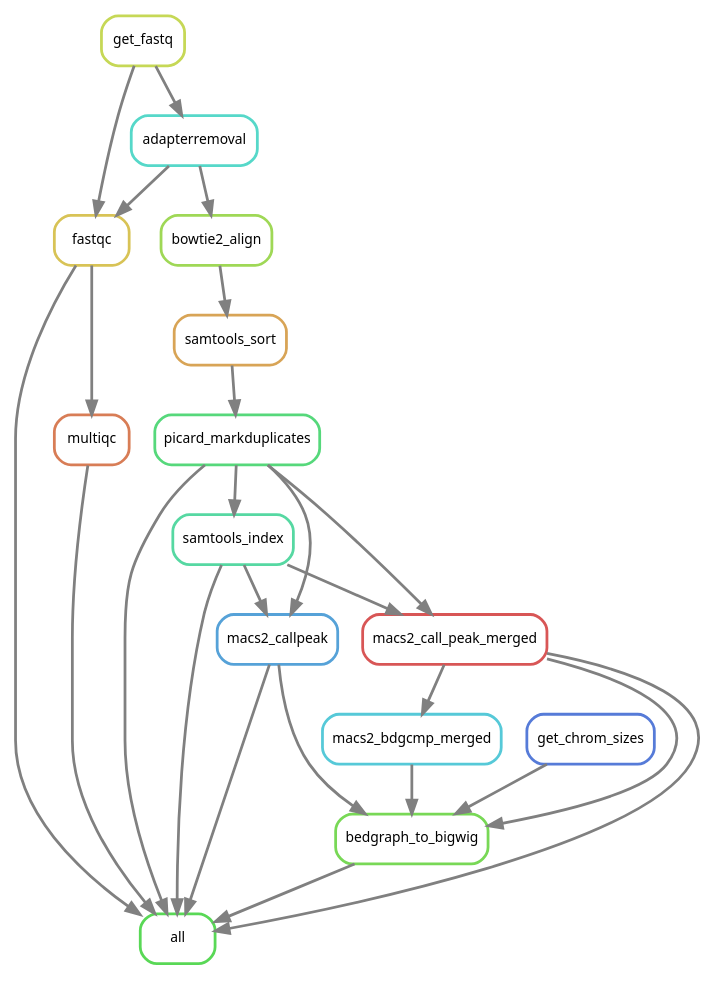
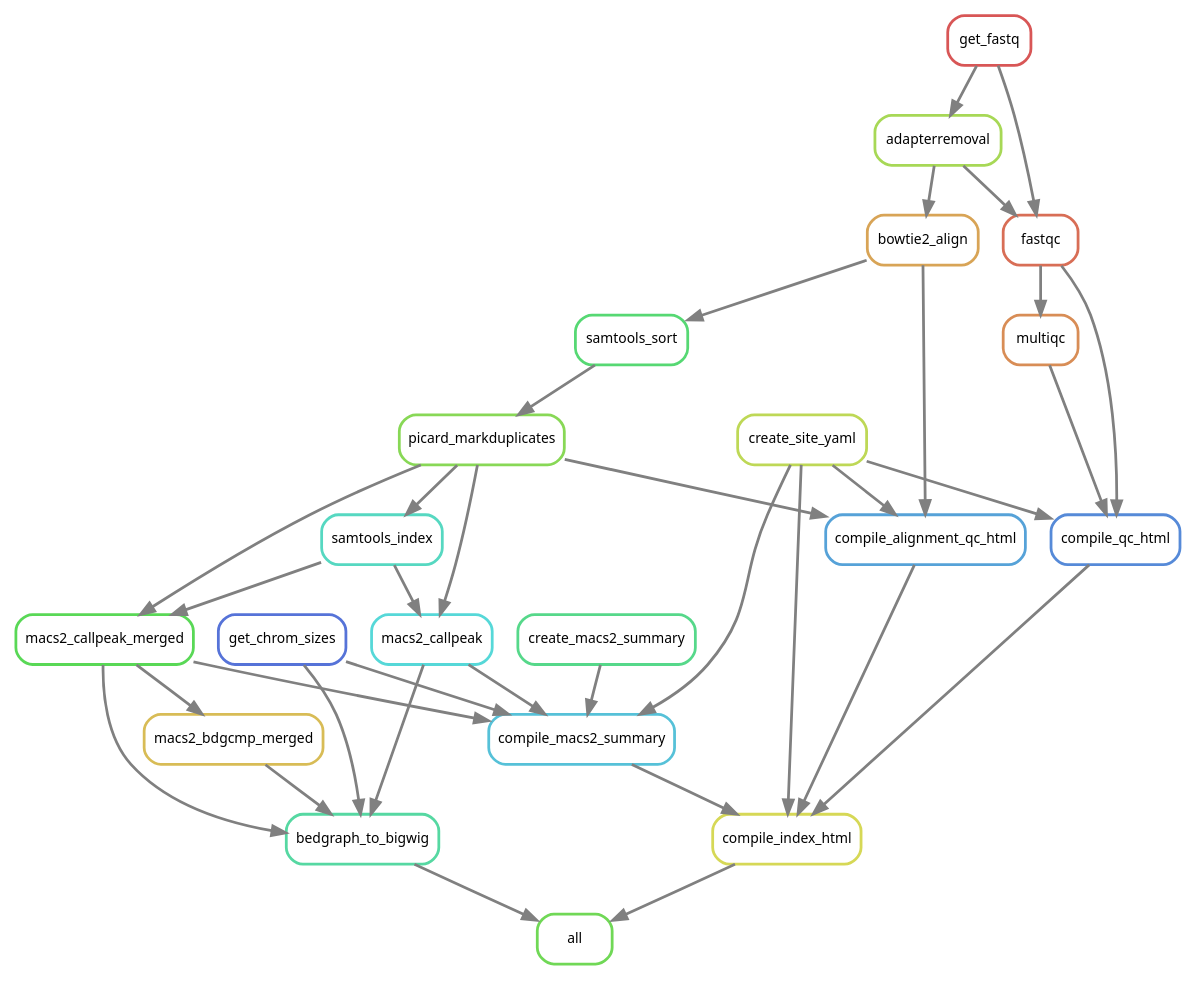
One commit to smped/PRJNA509779 changed the diagram in workflow/rules/rulegraph.dot. Above: the diagram before and after it, drawn with Graphviz. The commit also changed 11 other files, not shown here.

```diff
--- a/workflow/rules/rulegraph.dot
+++ b/workflow/rules/rulegraph.dot
@@ -1,43 +1,59 @@
 digraph snakemake_dag {
     graph[bgcolor=white, margin=0];
     node[shape=box, style=rounded, fontname=sans,                 fontsize=10, penwidth=2];
     edge[penwidth=2, color=grey];
-	0[label = "all", color = "0.33 0.6 0.85", style="rounded"];
-	1[label = "fastqc", color = "0.14 0.6 0.85", style="rounded"];
-	2[label = "get_fastq", color = "0.19 0.6 0.85", style="rounded"];
-	3[label = "adapterremoval", color = "0.48 0.6 0.85", style="rounded"];
-	4[label = "multiqc", color = "0.05 0.6 0.85", style="rounded"];
-	5[label = "picard_markduplicates", color = "0.38 0.6 0.85", style="rounded"];
-	6[label = "samtools_sort", color = "0.10 0.6 0.85", style="rounded"];
-	7[label = "bowtie2_align", color = "0.24 0.6 0.85", style="rounded"];
-	8[label = "samtools_index", color = "0.43 0.6 0.85", style="rounded"];
-	9[label = "macs2_callpeak", color = "0.57 0.6 0.85", style="rounded"];
-	10[label = "macs2_call_peak_merged", color = "0.00 0.6 0.85", style="rounded"];
-	11[label = "bedgraph_to_bigwig", color = "0.29 0.6 0.85", style="rounded"];
-	12[label = "get_chrom_sizes", color = "0.62 0.6 0.85", style="rounded"];
-	13[label = "macs2_bdgcmp_merged", color = "0.52 0.6 0.85", style="rounded"];
-	4 -> 0
+	0[label = "all", color = "0.30 0.6 0.85", style="rounded"];
+	1[label = "bedgraph_to_bigwig", color = "0.43 0.6 0.85", style="rounded"];
+	2[label = "macs2_callpeak", color = "0.50 0.6 0.85", style="rounded"];
+	3[label = "picard_markduplicates", color = "0.27 0.6 0.85", style="rounded"];
+	4[label = "samtools_sort", color = "0.37 0.6 0.85", style="rounded"];
+	5[label = "bowtie2_align", color = "0.10 0.6 0.85", style="rounded"];
+	6[label = "adapterremoval", color = "0.23 0.6 0.85", style="rounded"];
+	7[label = "get_fastq", color = "0.00 0.6 0.85", style="rounded"];
+	8[label = "samtools_index", color = "0.47 0.6 0.85", style="rounded"];
+	9[label = "get_chrom_sizes", color = "0.63 0.6 0.85", style="rounded"];
+	10[label = "macs2_callpeak_merged", color = "0.33 0.6 0.85", style="rounded"];
+	11[label = "macs2_bdgcmp_merged", color = "0.13 0.6 0.85", style="rounded"];
+	12[label = "compile_index_html", color = "0.17 0.6 0.85", style="rounded"];
+	13[label = "compile_macs2_summary", color = "0.53 0.6 0.85", style="rounded"];
+	14[label = "create_macs2_summary", color = "0.40 0.6 0.85", style="rounded"];
+	15[label = "create_site_yaml", color = "0.20 0.6 0.85", style="rounded"];
+	16[label = "compile_qc_html", color = "0.60 0.6 0.85", style="rounded"];
+	17[label = "fastqc", color = "0.03 0.6 0.85", style="rounded"];
+	18[label = "multiqc", color = "0.07 0.6 0.85", style="rounded"];
+	19[label = "compile_alignment_qc_html", color = "0.57 0.6 0.85", style="rounded"];
+	12 -> 0
 	1 -> 0
-	11 -> 0
-	5 -> 0
-	8 -> 0
-	9 -> 0
-	10 -> 0
+	10 -> 1
+	11 -> 1
 	2 -> 1
-	3 -> 1
-	2 -> 3
-	1 -> 4
+	9 -> 1
+	3 -> 2
+	8 -> 2
+	4 -> 3
+	5 -> 4
 	6 -> 5
 	7 -> 6
-	3 -> 7
-	5 -> 8
-	8 -> 9
-	5 -> 9
+	3 -> 8
+	3 -> 10
 	8 -> 10
-	5 -> 10
 	10 -> 11
-	13 -> 11
-	9 -> 11
-	12 -> 11
+	19 -> 12
+	16 -> 12
+	15 -> 12
+	13 -> 12
+	2 -> 13
+	14 -> 13
 	10 -> 13
+	15 -> 13
+	9 -> 13
+	17 -> 16
+	15 -> 16
+	18 -> 16
+	7 -> 17
+	6 -> 17
+	17 -> 18
+	5 -> 19
+	3 -> 19
+	15 -> 19
 }            
```
